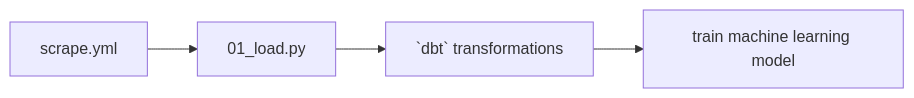
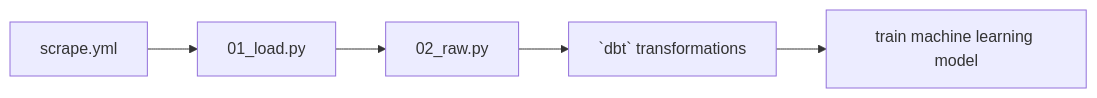
Before and after one commit to namtonthat/powerlifting-ml-progress: the diagram in templates/README.md, drawn with Mermaid.

````diff
--- a/templates/README.md
+++ b/templates/README.md
@@ -20,12 +20,14 @@
 ```mermaid
 graph LR
 
     A[scrape.yml]
     B[01_load.py]
-    C[`dbt` transformations]
-    D[train machine learning model]
+    C[02_raw.py]
+    D[`dbt` transformations]
+    E[train machine learning model]
 
     A --> B
     B --> C
     C --> D
+    D --> E
 ```
````
